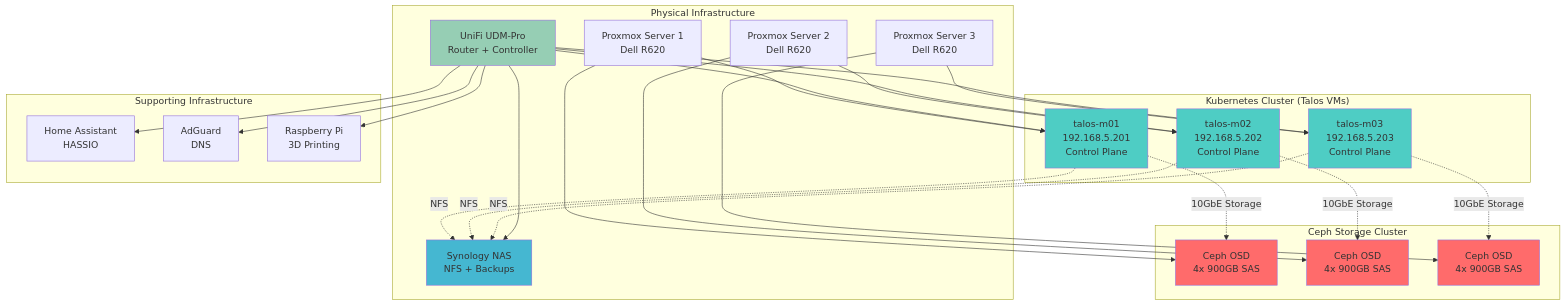
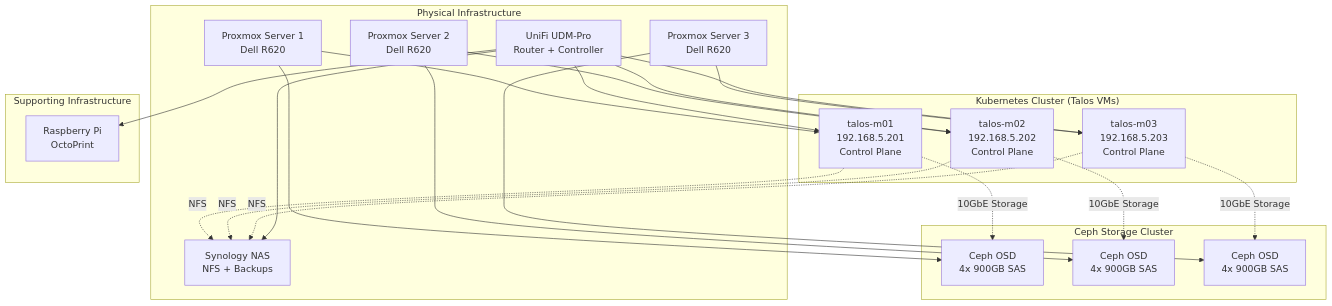
One commit to tscibilia/home-ops changed the first of 3 diagrams in docs/infrastructure/architecture.md. Above: the diagram before and after it, drawn with Mermaid. The commit also changed other lines of this file and 9 other files, not shown here.

````diff
--- a/docs/infrastructure/architecture.md
+++ b/docs/infrastructure/architecture.md
@@ -9,61 +9,48 @@
 ```mermaid
 graph TB
     subgraph "Physical Infrastructure"
         PX1[Proxmox Server 1<br/>Dell R620]
         PX2[Proxmox Server 2<br/>Dell R620]
         PX3[Proxmox Server 3<br/>Dell R620]
         SYNO[Synology NAS<br/>NFS + Backups]
         UDM[UniFi UDM-Pro<br/>Router + Controller]
     end
 
     subgraph "Kubernetes Cluster (Talos VMs)"
         M01[talos-m01<br/>192.168.5.201<br/>Control Plane]
         M02[talos-m02<br/>192.168.5.202<br/>Control Plane]
         M03[talos-m03<br/>192.168.5.203<br/>Control Plane]
     end
 
     subgraph "Ceph Storage Cluster"
         CEPH1[Ceph OSD<br/>4x 900GB SAS]
         CEPH2[Ceph OSD<br/>4x 900GB SAS]
         CEPH3[Ceph OSD<br/>4x 900GB SAS]
     end
 
     subgraph "Supporting Infrastructure"
-        HA[Home Assistant<br/>HASSIO]
-        ADGUARD[AdGuard<br/>DNS]
-        PI[Raspberry Pi<br/>3D Printing]
+        PI[Raspberry Pi<br/>OctoPrint]
     end
 
     PX1 --> M01
     PX2 --> M02
     PX3 --> M03
 
     PX1 --> CEPH1
     PX2 --> CEPH2
     PX3 --> CEPH3
 
     M01 -.10GbE Storage.-> CEPH1
     M02 -.10GbE Storage.-> CEPH2
     M03 -.10GbE Storage.-> CEPH3
 
     M01 -.NFS.-> SYNO
     M02 -.NFS.-> SYNO
     M03 -.NFS.-> SYNO
 
     UDM --> M01
     UDM --> M02
     UDM --> M03
     UDM --> SYNO
-    UDM --> HA
-    UDM --> ADGUARD
     UDM --> PI
-
-    style M01 fill:#4ecdc4
-    style M02 fill:#4ecdc4
-    style M03 fill:#4ecdc4
-    style CEPH1 fill:#ff6b6b
-    style CEPH2 fill:#ff6b6b
-    style CEPH3 fill:#ff6b6b
-    style SYNO fill:#45b7d1
-    style UDM fill:#96ceb4
 ```
````
